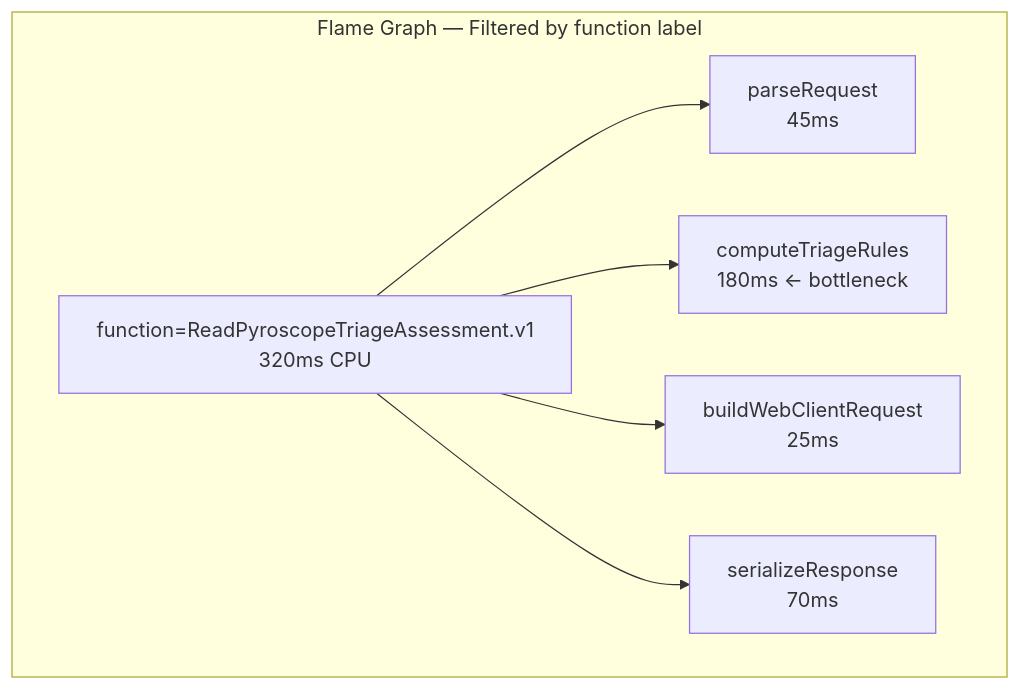
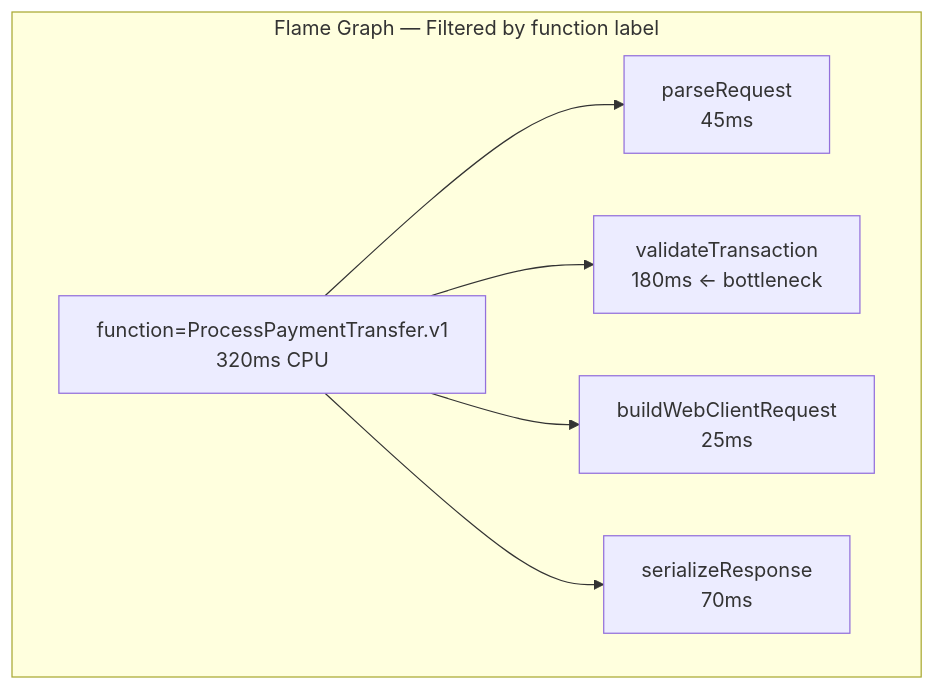
The sixth of 9 diagrams in docs/vertx-labeling-guide.md (aff0gat000/pyroscope), drawn with Mermaid before and after one commit. The commit also changed other lines of this file and 1 other file, not shown here.

Commit message:
Replace project-specific function names with generic examples in labeling docs

````diff
--- a/docs/vertx-labeling-guide.md
+++ b/docs/vertx-labeling-guide.md
@@ -330,10 +330,10 @@
 ```mermaid
 graph TB
     subgraph "Flame Graph — Filtered by function label"
-        FN["function=ReadPyroscopeTriageAssessment.v1<br/>320ms CPU"]
+        FN["function=ProcessPaymentTransfer.v1<br/>320ms CPU"]
         FN --> PARSE["parseRequest<br/>45ms"]
-        FN --> RULES["computeTriageRules<br/>180ms ← bottleneck"]
+        FN --> VALIDATE["validateTransaction<br/>180ms ← bottleneck"]
         FN --> BUILD["buildWebClientRequest<br/>25ms"]
         FN --> SERIAL["serializeResponse<br/>70ms"]
     end
 ```
````
